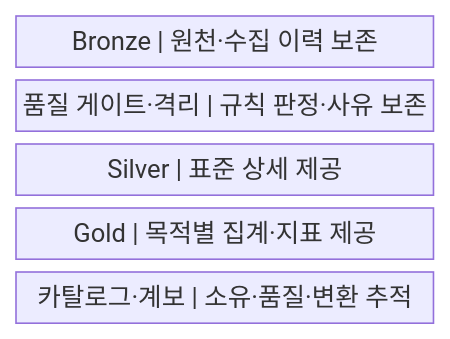
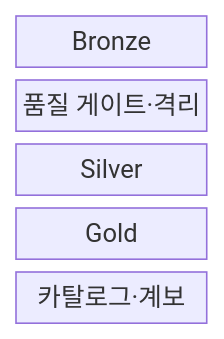
One commit to agnusdei1207/knowledge-base changed the first of 2 diagrams in src/content/docs/notes/03-software/130_medallion_architecture.md. Above: the diagram before and after it, drawn with Mermaid. The commit also changed other lines of this file and 238 other files, not shown here.

````diff
--- a/src/content/docs/notes/03-software/130_medallion_architecture.md
+++ b/src/content/docs/notes/03-software/130_medallion_architecture.md
@@ -57,9 +57,9 @@
 ```mermaid
-block
+block-beta
     columns 1
-    A["Bronze | 원천·수집 이력 보존"]
-    B["품질 게이트·격리 | 규칙 판정·사유 보존"]
-    C["Silver | 표준 상세 제공"]
-    D["Gold | 목적별 집계·지표 제공"]
-    E["카탈로그·계보 | 소유·품질·변환 추적"]
+    A["Bronze"]
+    B["품질 게이트·격리"]
+    C["Silver"]
+    D["Gold"]
+    E["카탈로그·계보"]
 ```
````
